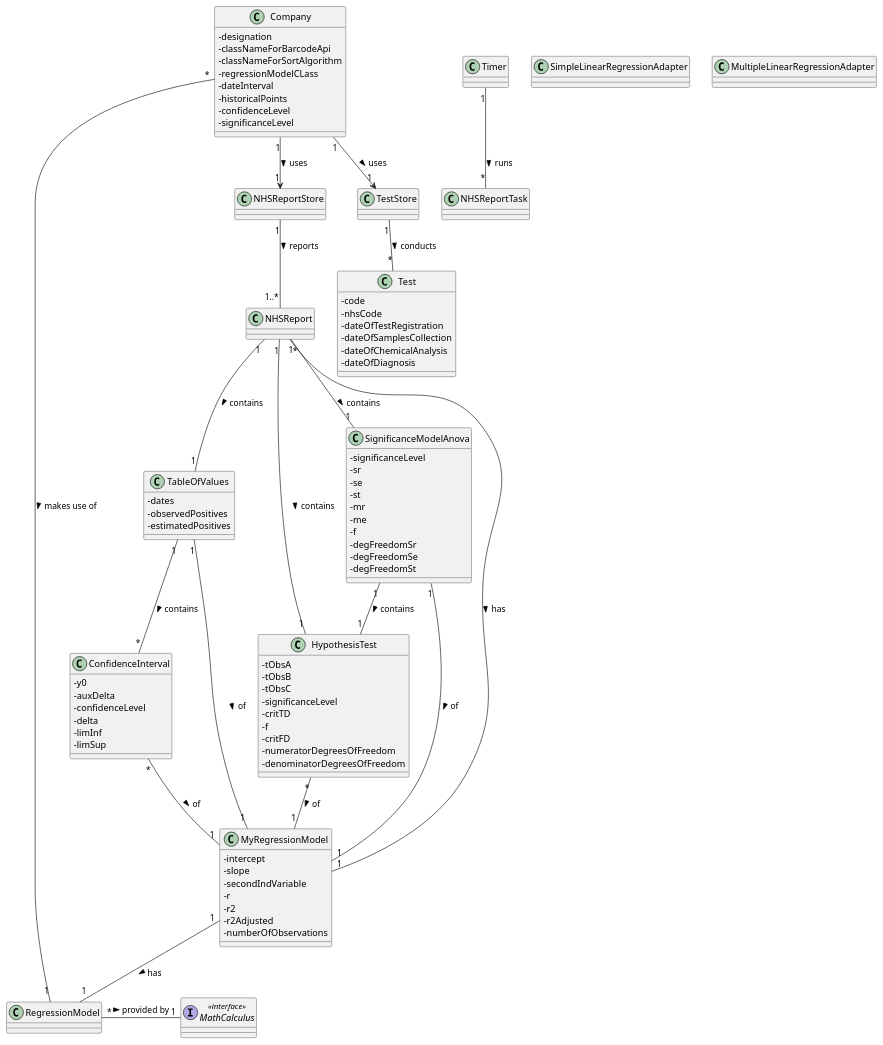
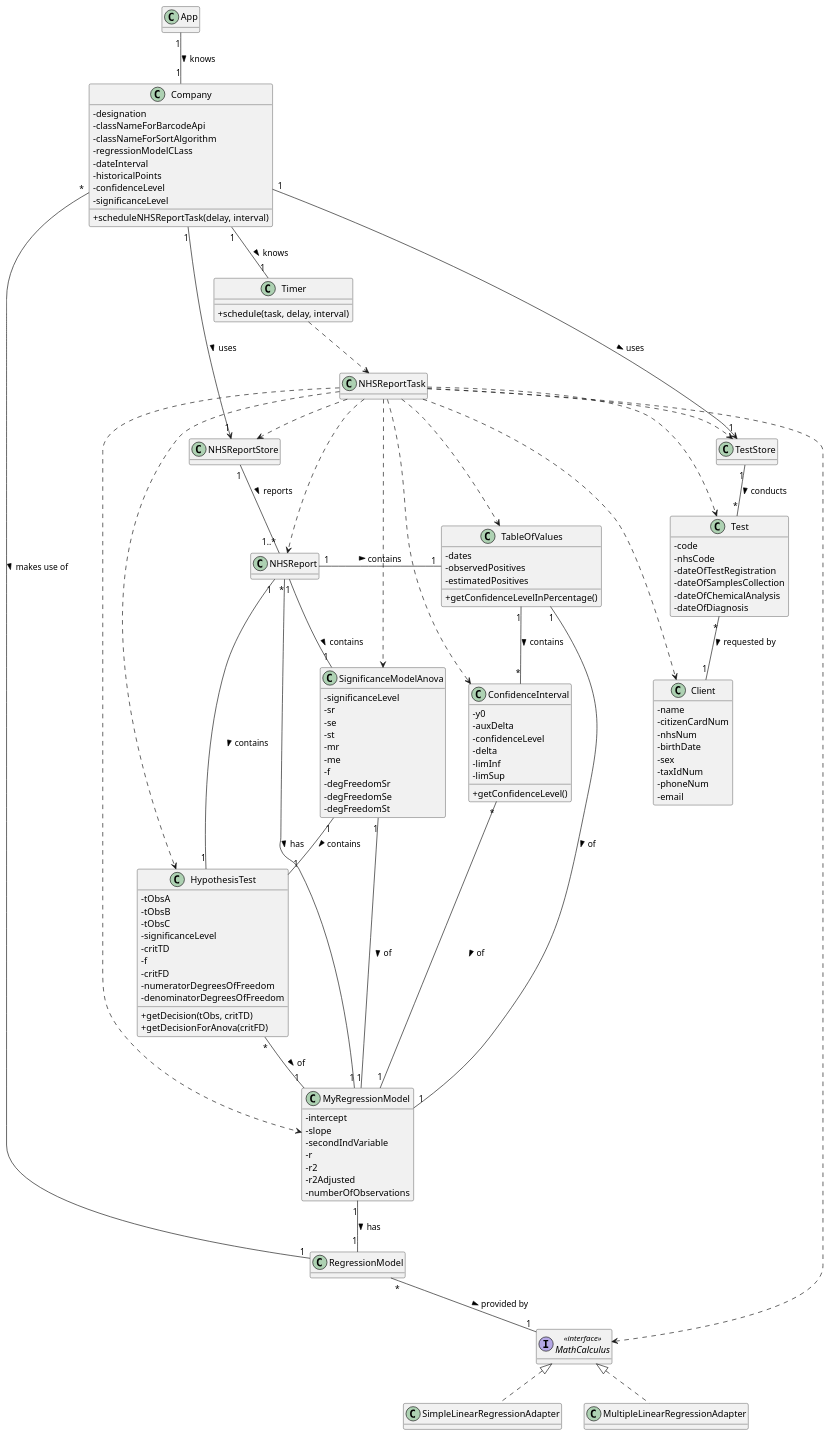
One commit to ana-albergaria/LAPR2-ISEP changed the diagram in docs/SprintD/US_19/US19_CD.puml. Above: the diagram before and after it, drawn with PlantUML. The commit also changed 14 other files, not shown here.

Commit message:
Creating Styles.css for US18 + US19 Updating Class Diagram

```diff
--- a/docs/SprintD/US_19/US19_CD.puml
+++ b/docs/SprintD/US_19/US19_CD.puml
@@ -1,138 +1,167 @@
 @startuml
 
 skinparam classAttributeIconSize 0
+hide empty methods
+
 
 class Company {
 -designation
 -classNameForBarcodeApi
 -classNameForSortAlgorithm
 -regressionModelCLass
 -dateInterval
 -historicalPoints
 -confidenceLevel
 -significanceLevel
++scheduleNHSReportTask(delay, interval)
 }
 
 class NHSReport {}
 
 class RegressionModel {}
 
 class HypothesisTest {
 -tObsA
 -tObsB
 -tObsC
 -significanceLevel
 -critTD
 -f
 -critFD
 -numeratorDegreesOfFreedom
 -denominatorDegreesOfFreedom
++getDecision(tObs, critTD)
++getDecisionForAnova(critFD)
 }
 
 class SignificanceModelAnova {
 -significanceLevel
 -sr
 -se
 -st
 -mr
 -me
 -f
 -degFreedomSr
 -degFreedomSe
 -degFreedomSt
 }
 
 class TableOfValues {
 -dates
 -observedPositives
 -estimatedPositives
++getConfidenceLevelInPercentage()
 }
 
 class ConfidenceInterval {
 -y0
 -auxDelta
 -confidenceLevel
 -delta
 -limInf
 -limSup
++getConfidenceLevel()
 }
 
-class Timer {}
+class Timer {
++schedule(task, delay, interval)
+}
 
 class NHSReportStore {}
 
 class TestStore {}
 
 class SimpleLinearRegressionAdapter {}
 
 class MultipleLinearRegressionAdapter {}
 
 class RegressionModel {}
 
 class NHSReportTask {}
 
 class MyRegressionModel {
 -intercept
 -slope
 -secondIndVariable
 -r
 -r2
 -r2Adjusted
 -numberOfObservations
 }
 
 interface MathCalculus <<interface>> {}
 
-class Test{
+class Test {
 - code
 - nhsCode
 - dateOfTestRegistration
 - dateOfSamplesCollection
 - dateOfChemicalAnalysis
 - dateOfDiagnosis
 }
+
+class Client {
+- name
+- citizenCardNum
+- nhsNum
+- birthDate
+- sex
+- taxIdNum
+- phoneNum
+- email
+}
 /'O CONTROLLER É A APP STARTUP'/
 /'COLOCAR TIMER'/
 
+class App {}
+
 /'Timer "1" -- "*" NHSReport : schedules >'/
 /'Company "1" -- "1..*" NHSReport : reports >'/
-/'Company "1" -- "1" Timer : knows >'/
+App "1" -- "1" Company : knows >
+Company "1" -- "1" Timer : knows >
+/'NHSReportTask "1" -- "1" NHSReport : sends >'/
 NHSReport "*" -- "1" MyRegressionModel : has >
 NHSReport "1" -- "1" HypothesisTest : contains >
 NHSReport "1" -- "1" SignificanceModelAnova : contains >
 Company "*" -- "1" RegressionModel : makes use of >
 HypothesisTest "*" -- "1" MyRegressionModel : of >
 SignificanceModelAnova "1" -- "1" MyRegressionModel : of >
 SignificanceModelAnova "1" -- "1" HypothesisTest : contains >
 NHSReport "1" - "1" TableOfValues : contains >
 TableOfValues "1" -- "1" MyRegressionModel : of >
 TableOfValues "1" -- "*" ConfidenceInterval : contains >
 ConfidenceInterval "*" -- "1" MyRegressionModel : of >
-RegressionModel "*" - "1" MathCalculus : provided by >
+RegressionModel "*" -- "1" MathCalculus : provided by >
 MyRegressionModel "1" -- "1" RegressionModel : has >
-Timer "1" -- "*" NHSReportTask : runs >
+/'Timer "1" -- "*" NHSReportTask : runs >'/
+Test "*" -- "1" Client : requested by >
+
+class SimpleLinearRegressionAdapter implements MathCalculus
+class MultipleLinearRegressionAdapter implements MathCalculus
 
 
 
-
-/'NHSReportTask ..> Company
+/'NHSReportTask ..> Company'/
 NHSReportTask ..> TestStore
 NHSReportTask ..> NHSReportStore
 NHSReportTask ..> NHSReport
 NHSReportTask ..> Test
 NHSReportTask ..> TableOfValues
 NHSReportTask ..> SignificanceModelAnova
 NHSReportTask ..> ConfidenceInterval
 NHSReportTask ..> HypothesisTest
 NHSReportTask ..> MyRegressionModel
-NHSReportTask ..> MathCalculus'/
+NHSReportTask ..> MathCalculus
+NHSReportTask ..> Client
+Timer ..> NHSReportTask
 
 
 
 Company "1" --> "1" TestStore : uses >
 Company "1" --> "1" NHSReportStore : uses >
 TestStore "1" -- "*" Test : conducts >
 NHSReportStore "1" -- "1..*" NHSReport : reports >
 
 
 @enduml
```
